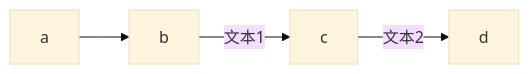
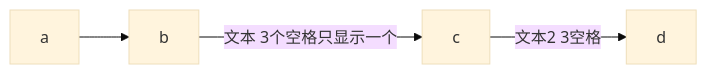
One commit to rockyzhao5421/notes changed the second of 11 diagrams in mermaid.md. Above: the diagram before and after it, drawn with Mermaid (base theme). The commit also changed other lines of this file, not shown here.

````diff
--- a/mermaid.md
+++ b/mermaid.md
@@ -59,6 +54,6 @@
 ```mermaid
 
 graph LR
-a-->b--文本1-->c-->|文本2|d
+a-->b--文本  3个空格只显示一个-->c-->|文本2   3空格|d
 
 ```
````
